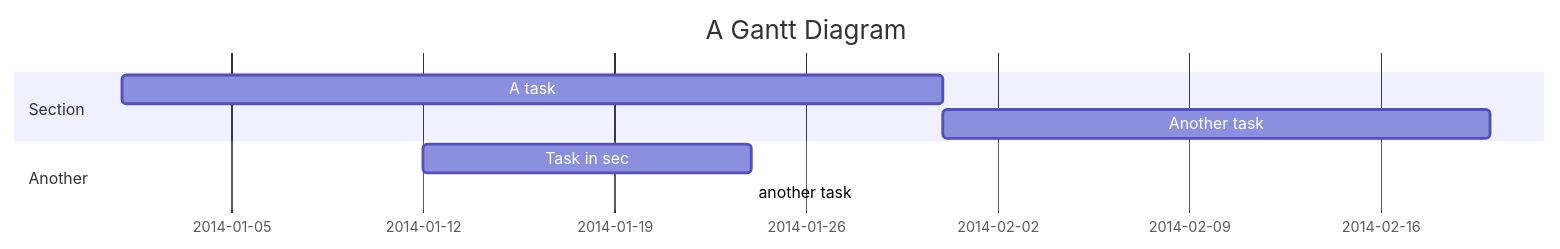
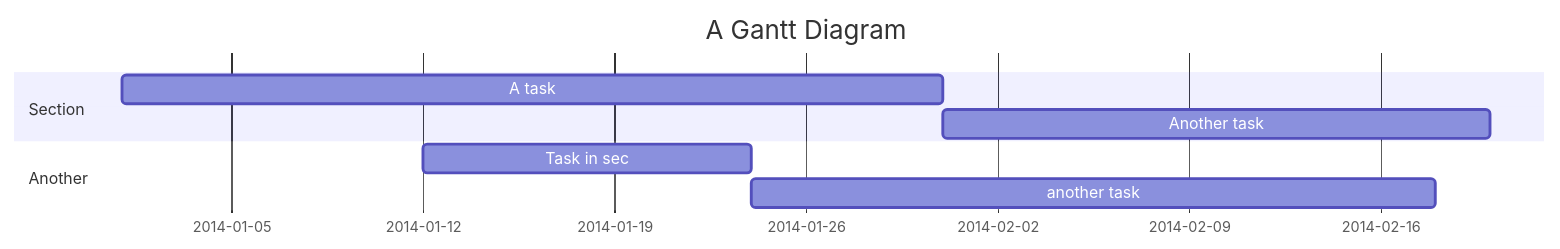
One commit to clmlaodeng/iodraw-files changed the diagram in all/未命名.md. Above: the diagram before and after it, drawn with Mermaid.

Commit message:
2025-06-13 19:50:38 update

````diff
--- a/all/未命名.md
+++ b/all/未命名.md
@@ -1,12 +1,12 @@
 ```mermaid
 gantt
     title A Gantt Diagram
     dateFormat  YYYY-MM-DD
     section Section
     A task           :a1, 2014-01-01, 30d
     Another task     :after a1  , 20d
     section Another
     Task in sec      :2014-01-12  , 12d
-    another task      : 25
+    another task      : 25d
             
 ```
````
